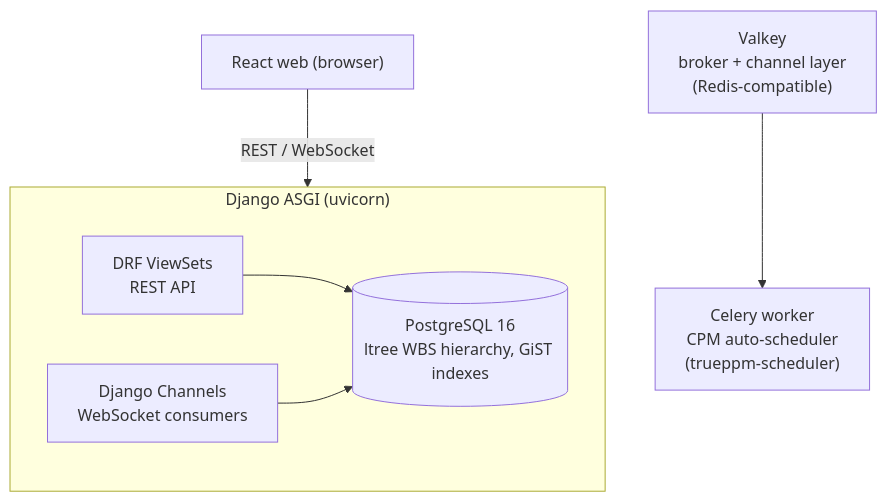
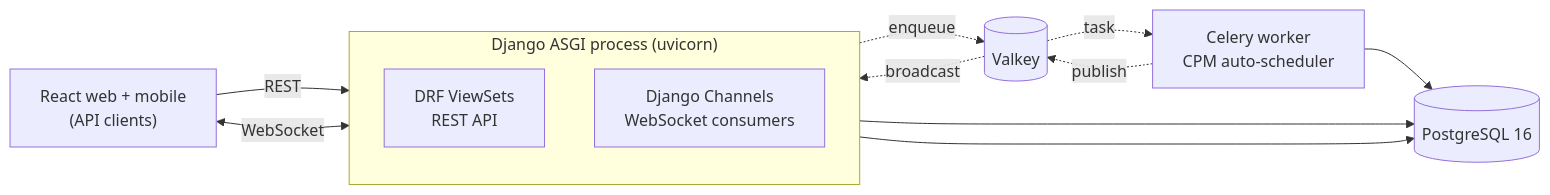
The diagram in packages/website/src/content/docs/architecture/overview.md (TruePPM/trueppm), drawn with Mermaid before and after one commit. The commit also changed other lines of this file and 1 other file, not shown here.

First paragraph of the commit message:
fix(docs): stop Mermaid diagram labels clipping their last line and word
Two independent defects made docs-site Mermaid diagrams drop text:

````diff
--- a/packages/website/src/content/docs/architecture/overview.md
+++ b/packages/website/src/content/docs/architecture/overview.md
@@ -10,18 +10,27 @@
 ```mermaid
-flowchart TB
-    client["React web (browser)"]
+flowchart LR
+    client["React web + mobile<br/>(API clients)"]
 
-    subgraph asgi["Django ASGI (uvicorn)"]
+    subgraph asgi["Django ASGI process (uvicorn)"]
+        direction TB
         drf["DRF ViewSets<br/>REST API"]
         channels["Django Channels<br/>WebSocket consumers"]
-        pg[("PostgreSQL 16<br/>ltree WBS hierarchy, GiST indexes")]
     end
 
-    worker["Celery worker<br/>CPM auto-scheduler<br/>(trueppm-scheduler)"]
-    valkey["Valkey<br/>broker + channel layer<br/>(Redis-compatible)"]
+    worker["Celery worker<br/>CPM auto-scheduler"]
 
-    client -->|REST / WebSocket| asgi
+    pg[("PostgreSQL 16")]
+    valkey[("Valkey")]
+
+    client -->|REST| drf
+    client <-->|WebSocket| channels
+
     drf --> pg
     channels --> pg
-    valkey --> worker
+    worker --> pg
+
+    drf -. enqueue .-> valkey
+    valkey -. task .-> worker
+    worker -. publish .-> valkey
+    valkey -. broadcast .-> channels
 ```
````
